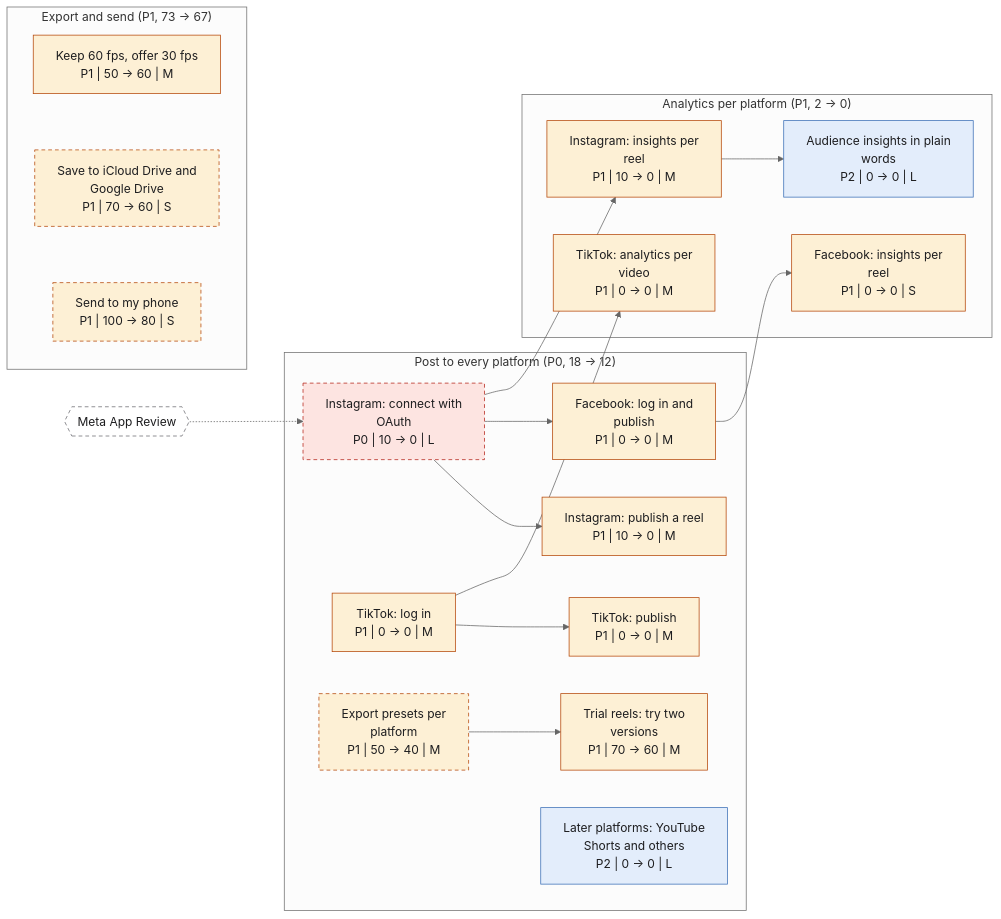
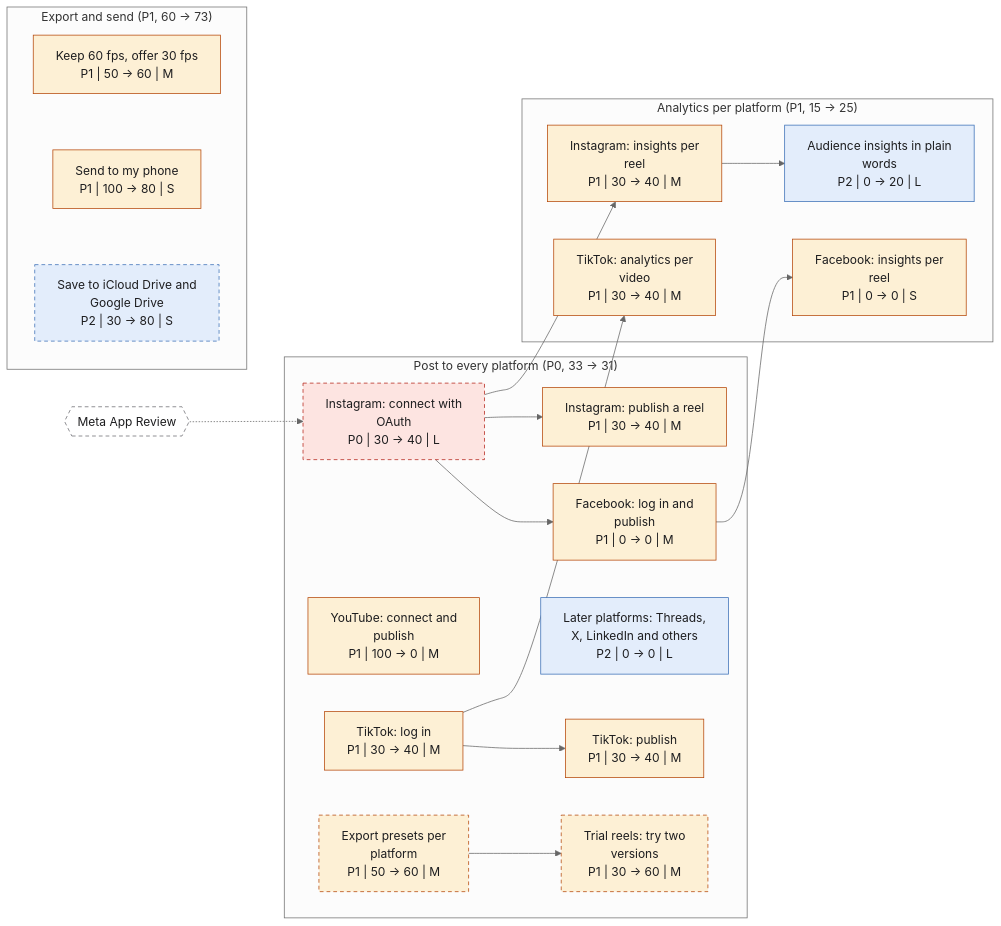
The second of 8 diagrams in roadmap-graphs.md (SamGu-NRX/reel-studio-app), drawn with Mermaid (neutral theme) before and after one commit. The commit also changed other lines of this file and 7 other files, not shown here.

First line of the commit message:
docs: roadmap snapshot 2026-11-05

````diff
--- a/roadmap-graphs.md
+++ b/roadmap-graphs.md
@@ -91,47 +90,50 @@
 ```mermaid
 flowchart LR
-    subgraph n_multi_platform_g["Post to every platform (P0, 18 → 12)"]
-        n_instagram_posting["Instagram: connect with<br/>OAuth<br/>P0 | 10 → 0 | L"]
-        n_ig_publish["Instagram: publish a reel<br/>P1 | 10 → 0 | M"]
-        n_tt_login["TikTok: log in<br/>P1 | 0 → 0 | M"]
-        n_tt_publish["TikTok: publish<br/>P1 | 0 → 0 | M"]
+    subgraph n_multi_platform_g["Post to every platform (P0, 33 → 31)"]
+        n_instagram_posting["Instagram: connect with<br/>OAuth<br/>P0 | 30 → 40 | L"]
         n_fb_publish["Facebook: log in and<br/>publish<br/>P1 | 0 → 0 | M"]
-        n_pub_export_presets["Export presets per<br/>platform<br/>P1 | 50 → 40 | M"]
-        n_trial_reels["Trial reels: try two<br/>versions<br/>P1 | 70 → 60 | M"]
-        n_pub_later["Later platforms: YouTube<br/>Shorts and others<br/>P2 | 0 → 0 | L"]
+        n_yt_publish["YouTube: connect and<br/>publish<br/>P1 | 100 → 0 | M"]
+        n_ig_publish["Instagram: publish a reel<br/>P1 | 30 → 40 | M"]
+        n_tt_login["TikTok: log in<br/>P1 | 30 → 40 | M"]
+        n_tt_publish["TikTok: publish<br/>P1 | 30 → 40 | M"]
+        n_trial_reels["Trial reels: try two<br/>versions<br/>P1 | 30 → 60 | M"]
+        n_pub_export_presets["Export presets per<br/>platform<br/>P1 | 50 → 60 | M"]
+        n_pub_later["Later platforms: Threads,<br/>X, LinkedIn and others<br/>P2 | 0 → 0 | L"]
     end
-    subgraph n_analytics_g["Analytics per platform (P1, 2 → 0)"]
-        n_ig_insights["Instagram: insights per<br/>reel<br/>P1 | 10 → 0 | M"]
-        n_tt_analytics["TikTok: analytics per<br/>video<br/>P1 | 0 → 0 | M"]
+    subgraph n_analytics_g["Analytics per platform (P1, 15 → 25)"]
         n_fb_insights["Facebook: insights per<br/>reel<br/>P1 | 0 → 0 | S"]
-        n_audience_readout["Audience insights in plain<br/>words<br/>P2 | 0 → 0 | L"]
+        n_ig_insights["Instagram: insights per<br/>reel<br/>P1 | 30 → 40 | M"]
+        n_tt_analytics["TikTok: analytics per<br/>video<br/>P1 | 30 → 40 | M"]
+        n_audience_readout["Audience insights in plain<br/>words<br/>P2 | 0 → 20 | L"]
     end
-    subgraph n_ep_export_g["Export and send (P1, 73 → 67)"]
+    subgraph n_ep_export_g["Export and send (P1, 60 → 73)"]
         n_smooth_60fps["Keep 60 fps, offer 30 fps<br/>P1 | 50 → 60 | M"]
-        n_cloud_drives["Save to iCloud Drive and<br/>Google Drive<br/>P1 | 70 → 60 | S"]
         n_send_to_phone["Send to my phone<br/>P1 | 100 → 80 | S"]
+        n_cloud_drives["Save to iCloud Drive and<br/>Google Drive<br/>P2 | 30 → 80 | S"]
     end
     xb0{{"Meta App Review"}} -.-> n_instagram_posting
+    n_instagram_posting --> n_fb_publish
     n_instagram_posting --> n_ig_publish
     n_tt_login --> n_tt_publish
-    n_instagram_posting --> n_fb_publish
     n_pub_export_presets --> n_trial_reels
+    n_fb_publish --> n_fb_insights
     n_instagram_posting --> n_ig_insights
     n_tt_login --> n_tt_analytics
-    n_fb_publish --> n_fb_insights
     n_ig_insights --> n_audience_readout
-    n_smooth_60fps ~~~ n_cloud_drives ~~~ n_send_to_phone
+    n_yt_publish ~~~ n_pub_later
+    n_smooth_60fps ~~~ n_send_to_phone ~~~ n_cloud_drives
     classDef p0 fill:#fde4e1,stroke:#b42318,color:#1d1d1f
     classDef p1 fill:#fdf0d5,stroke:#b54708,color:#1d1d1f
     classDef p2 fill:#e3edfb,stroke:#3b6fb6,color:#1d1d1f
     classDef p3 fill:#eeeeef,stroke:#8a8a8f,color:#1d1d1f
+    classDef dropped fill:#ffffff,stroke:#b0b0b5,color:#8a8a8f
     classDef outside fill:#ffffff,stroke:#b0b0b5,color:#6b6b70,stroke-dasharray:2 2
     classDef blocker fill:#ffffff,stroke:#6b6b70,color:#1d1d1f,stroke-dasharray:5 4
     classDef waits stroke-dasharray:5 4
     classDef hardest stroke:#7a1010,stroke-width:4px
     class n_instagram_posting p0
-    class n_instagram_posting,n_pub_export_presets,n_cloud_drives,n_send_to_phone waits
-    class n_ig_publish,n_tt_login,n_tt_publish,n_fb_publish,n_pub_export_presets,n_trial_reels,n_ig_insights,n_tt_analytics,n_fb_insights,n_smooth_60fps,n_cloud_drives,n_send_to_phone p1
-    class n_pub_later,n_audience_readout p2
+    class n_instagram_posting,n_trial_reels,n_pub_export_presets,n_cloud_drives waits
+    class n_fb_publish,n_yt_publish,n_ig_publish,n_tt_login,n_tt_publish,n_trial_reels,n_pub_export_presets,n_fb_insights,n_ig_insights,n_tt_analytics,n_smooth_60fps,n_send_to_phone p1
+    class n_pub_later,n_audience_readout,n_cloud_drives p2
     class xb0 blocker
 ```
````
